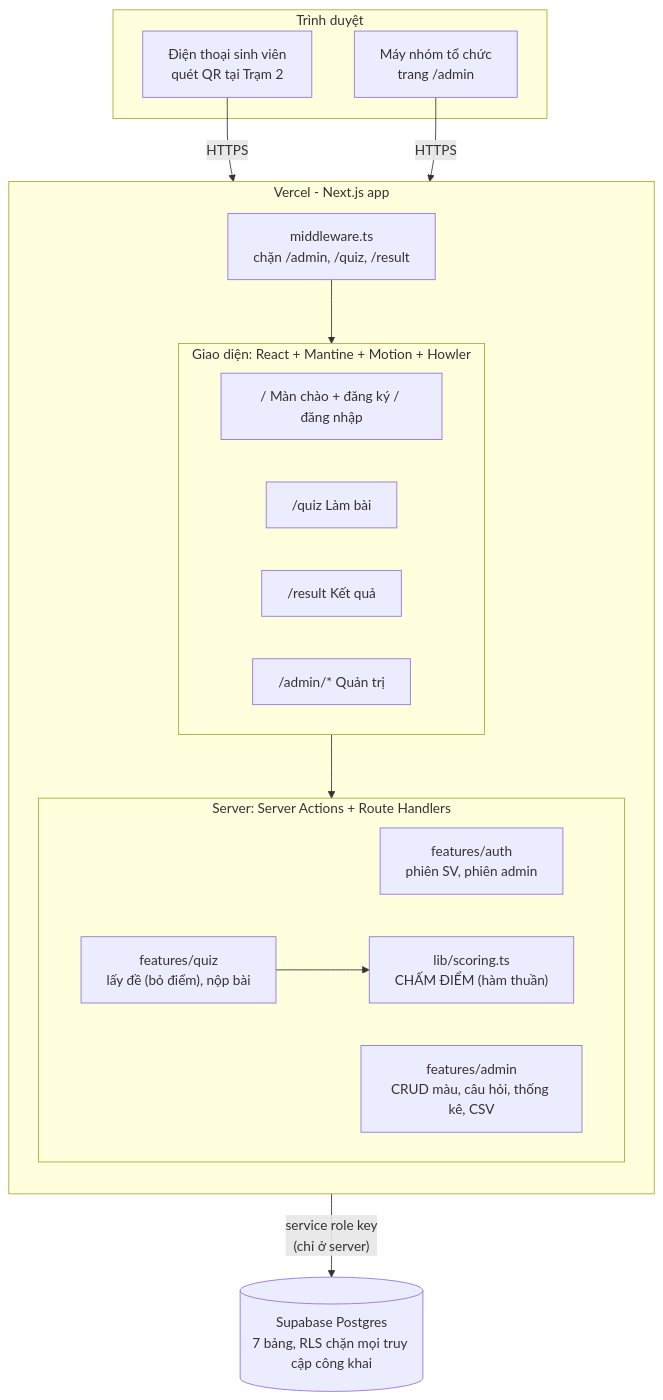
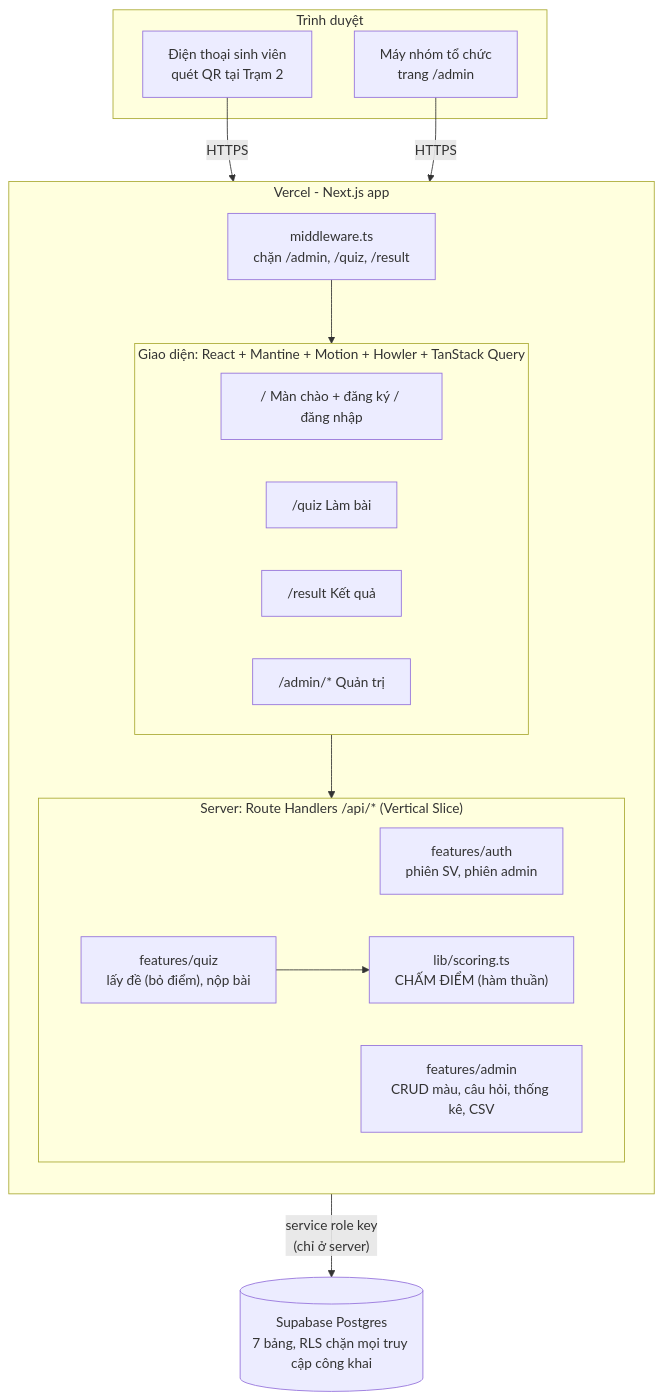
The first of 3 diagrams in .ai/system/kien_truc.md (huuluan186/ir-dna-find-your-color), drawn with Mermaid before and after one commit. The commit also changed other lines of this file and 2 other files, not shown here.

First line of the commit message:
docs(ai): thêm TanStack Query SSR và tên kiến trúc

````diff
--- a/.ai/system/kien_truc.md
+++ b/.ai/system/kien_truc.md
@@ -9,33 +11,33 @@
 ```mermaid
 flowchart TB
 	subgraph Client["Trình duyệt"]
 		SV["Điện thoại sinh viên<br/>quét QR tại Trạm 2"]
 		AD["Máy nhóm tổ chức<br/>trang /admin"]
 	end
 
 	subgraph Vercel["Vercel - Next.js app"]
 		direction TB
-		subgraph UI["Giao diện: React + Mantine + Motion + Howler"]
+		subgraph UI["Giao diện: React + Mantine + Motion + Howler + TanStack Query"]
 			P1["/ Màn chào + đăng ký / đăng nhập"]
 			P2["/quiz Làm bài"]
 			P3["/result Kết quả"]
 			P4["/admin/* Quản trị"]
 		end
-		subgraph SRV["Server: Server Actions + Route Handlers"]
+		subgraph SRV["Server: Route Handlers /api/* (Vertical Slice)"]
 			F1["features/auth<br/>phiên SV, phiên admin"]
 			F2["features/quiz<br/>lấy đề (bỏ điểm), nộp bài"]
 			F3["lib/scoring.ts<br/>CHẤM ĐIỂM (hàm thuần)"]
 			F4["features/admin<br/>CRUD màu, câu hỏi, thống kê, CSV"]
 		end
 		MW["middleware.ts<br/>chặn /admin, /quiz, /result"]
 	end
 
 	DB[("Supabase Postgres<br/>7 bảng, RLS chặn mọi truy cập công khai")]
 
 	SV -- HTTPS --> MW
 	AD -- HTTPS --> MW
 	MW --> UI
 	UI --> SRV
 	F2 --> F3
 	SRV -- "service role key<br/>(chỉ ở server)" --> DB
 ```
````
